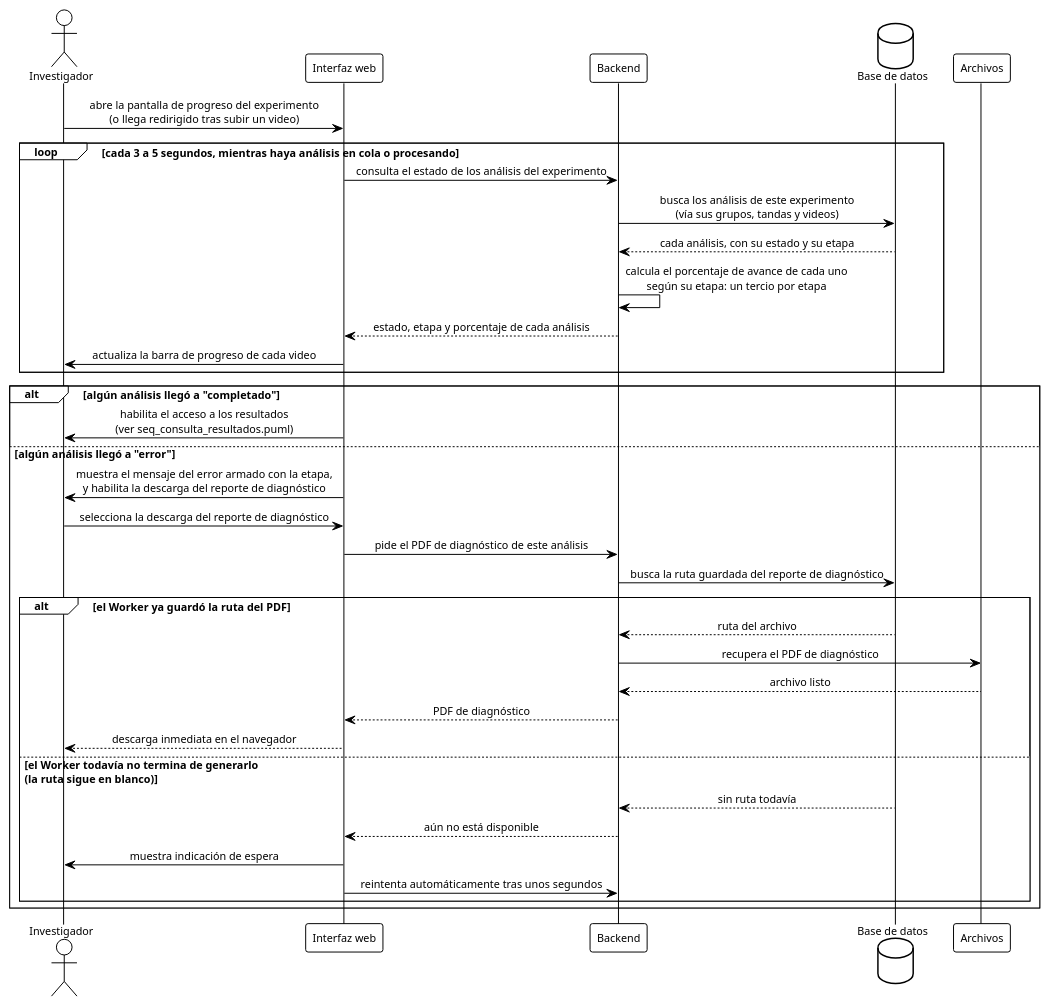
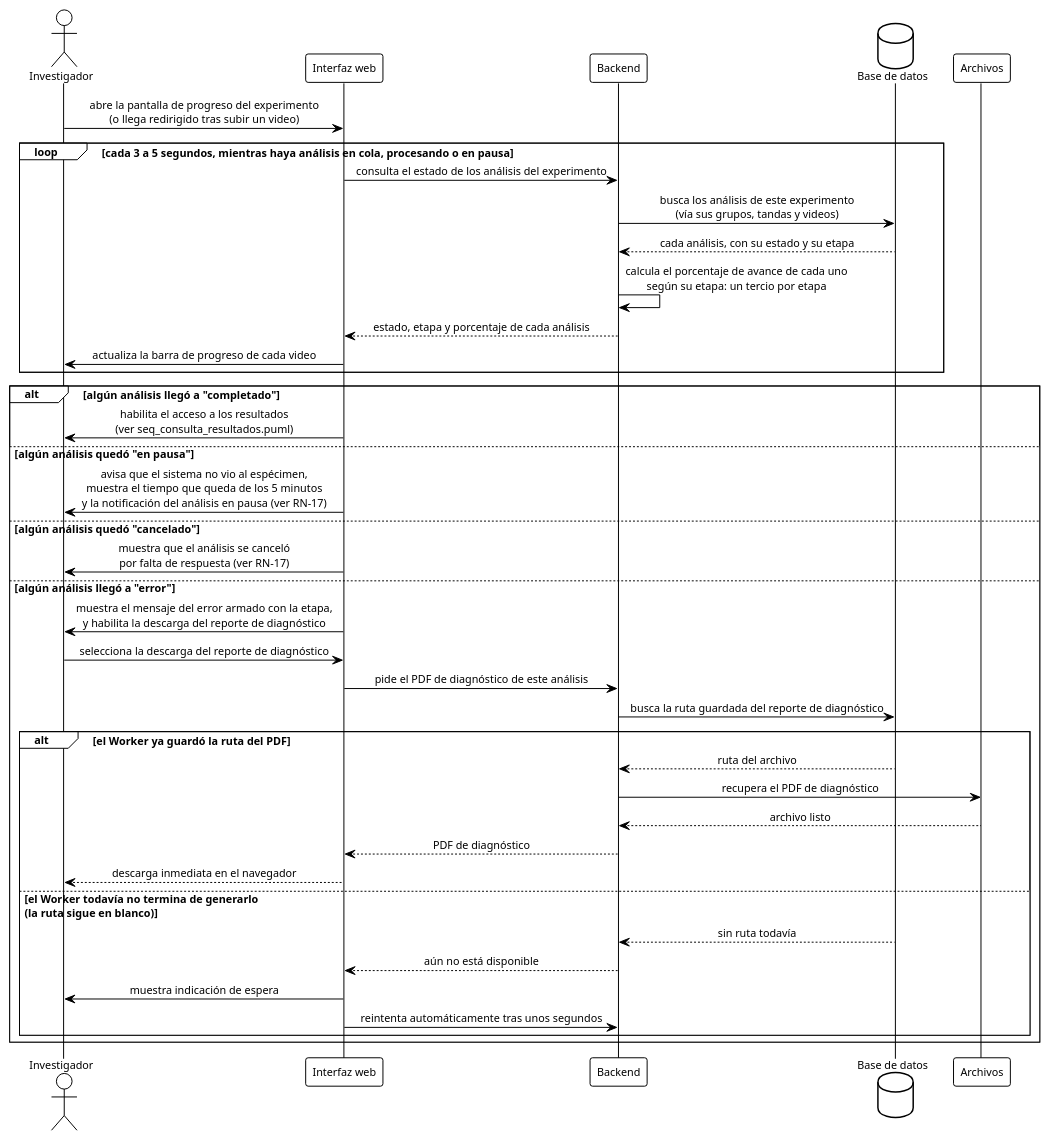
The diagram in diagramas/seq_consulta_progreso.puml (ErickJester/fst-ai-system-latex), drawn with PlantUML before and after one commit. The commit also changed 33 other files, not shown here.

```diff
--- a/diagramas/seq_consulta_progreso.puml
+++ b/diagramas/seq_consulta_progreso.puml
@@ -1,107 +1,111 @@
 @startuml seq_consulta_progreso
 ' ================================================================
 '  Secuencia - Consulta de progreso del análisis (polling) y
 '  descarga del reporte de diagnóstico si falla
 '  Base de datos FST | TT 2026-B066 | ESCOM-IPN
 '  Frausto Robles Angel Ali . Rodriguez Verdin Sandoval Vanesa
 ' ----------------------------------------------------------------
 '  Reemplaza a figures/mermaid/seq_progreso.png y a
 '  figures/mermaid/seq_error.png. Cubre CU-07 "Monitorear progreso
 '  del análisis", la parte que ve el investigador
 '  (chapters/05_diseno.tex:1425-1468, RF-15) -- la ejecución del
 '  pipeline por el Worker es un diagrama aparte
 '  (seq_analisis_automatico.puml) -- Y CU-08 "Descargar reporte de
 '  diagnóstico" (05_diseno.tex:1490-1534, RF-14, RF-16), fusionado
 '  aquí dentro de la rama de error en vez de vivir en su propio
 '  archivo.
 '
 '  Por qué CU-08 se fusiona en vez de tener su propio diagrama
 '  (decisión del usuario, 13-sep, tras revisar Kendall & Kendall):
 '  el libro (cap. 10, p. 295-296) dice que "cada escenario de caso
 '  de uso puede crear un diagrama de secuencia, aunque éstos no
 '  siempre se crean para escenarios de menor importancia". CU-08 está
 '  marcado "Tipo: Secundario" en el propio .tex (línea 1494) y todo
 '  su curso normal depende de una precondición que solo existe
 '  dentro de la rama de error de este mismo diagrama -- separarlo
 '  obligaba a una nota inicial que solo repetía "esto ya pasó en otro
 '  diagrama", señal de que no es un proceso independiente.
 '
 '  Por qué cambia respecto de los diagramas viejos, con fuente:
 '  - El "seq_progreso" viejo tenía un "Servidor" que devolvía "estado,
 '    etapa y porcentaje de avance" leyendo la base de datos. Pero
 '    D-09 (13-sep) ya resolvió que el progreso vive SOLO en memoria
 '    del Worker mientras corre -- ANALISIS no tiene columna de
 '    porcentaje, solo etapa. Un backend aparte del Worker no puede
 '    leer ese porcentaje de la base de datos porque no está ahí.
 '  - D-22 (13-sep) resuelve cómo se calcula entonces: el porcentaje
 '    se aproxima por etapa: un tercio por cada una de las 3 etapas de
 '    D-16, revisado el 5-oct (preprocesamiento=33%, cilindros=67%,
 '    clasificación=100%), calculado al vuelo a partir de
 '    ANALISIS.etapa -- no hace falta que el Worker comparta memoria
 '    con nadie más.
 '  - El experimento puede tener varios análisis corriendo a la vez
 '    (uno por video, vía sus tandas), igual que el diagrama viejo ya
 '    mostraba con su "lista de tareas" -- eso no cambia.
 '  - RF-15: el análisis sigue en segundo plano aunque el investigador
 '    cierre la pestaña, por eso el polling solo ocurre mientras la
 '    pantalla está abierta, no controla si el Worker sigue o no.
 '  - El "seq_error" viejo mezclaba tres cosas: que el Worker detecte
 '    el error (ya está en seq_analisis_automatico.puml, RN-11), que
 '    el investigador se entere (rama de error de abajo) y la descarga
 '    del PDF (agregada aquí). D-23 (13-sep) agrega la columna
 '    ANALISIS.rutaDiagnostico (nula salvo con estado = "error"),
 '    porque ni ANALISIS ni REPORTE tenían dónde guardar esa ruta --
 '    pendiente de aplicar en grafo_relacional_3_vigente.puml.
 '
 '  Generar:
 '      java -jar plantuml.jar -tpng diagramas/seq_consulta_progreso.puml
 ' ================================================================
 
 !theme plain
 skinparam defaultFontName Arial
 skinparam defaultFontSize 11
 skinparam shadowing false
 skinparam sequenceMessageAlign center
 skinparam BoxPadding 10
 
 actor Investigador as inv
 participant "Interfaz web" as ui
 participant Backend as api
 database "Base de datos" as db
 participant "Archivos" as fs
 
 inv -> ui: abre la pantalla de progreso del experimento\n(o llega redirigido tras subir un video)
 
-loop cada 3 a 5 segundos, mientras haya análisis en cola o procesando
+loop cada 3 a 5 segundos, mientras haya análisis en cola, procesando o en pausa
   ui -> api: consulta el estado de los análisis del experimento
   api -> db: busca los análisis de este experimento\n(vía sus grupos, tandas y videos)
   db --> api: cada análisis, con su estado y su etapa
   api -> api: calcula el porcentaje de avance de cada uno\nsegún su etapa: un tercio por etapa
   api --> ui: estado, etapa y porcentaje de cada análisis
   ui -> inv: actualiza la barra de progreso de cada video
 end
 
 alt algún análisis llegó a "completado"
   ui -> inv: habilita el acceso a los resultados\n(ver seq_consulta_resultados.puml)
+else algún análisis quedó "en pausa"
+  ui -> inv: avisa que el sistema no vio al espécimen,\nmuestra el tiempo que queda de los 5 minutos\ny la notificación del análisis en pausa (ver RN-17)
+else algún análisis quedó "cancelado"
+  ui -> inv: muestra que el análisis se canceló\npor falta de respuesta (ver RN-17)
 else algún análisis llegó a "error"
   ui -> inv: muestra el mensaje del error armado con la etapa,\ny habilita la descarga del reporte de diagnóstico
 
   inv -> ui: selecciona la descarga del reporte de diagnóstico
   ui -> api: pide el PDF de diagnóstico de este análisis
   api -> db: busca la ruta guardada del reporte de diagnóstico
 
   alt el Worker ya guardó la ruta del PDF
     db --> api: ruta del archivo
     api -> fs: recupera el PDF de diagnóstico
     fs --> api: archivo listo
     api --> ui: PDF de diagnóstico
     ui --> inv: descarga inmediata en el navegador
   else el Worker todavía no termina de generarlo\n(la ruta sigue en blanco)
     db --> api: sin ruta todavía
     api --> ui: aún no está disponible
     ui -> inv: muestra indicación de espera
     ui -> api: reintenta automáticamente tras unos segundos
   end
 end
 
 @enduml
```
